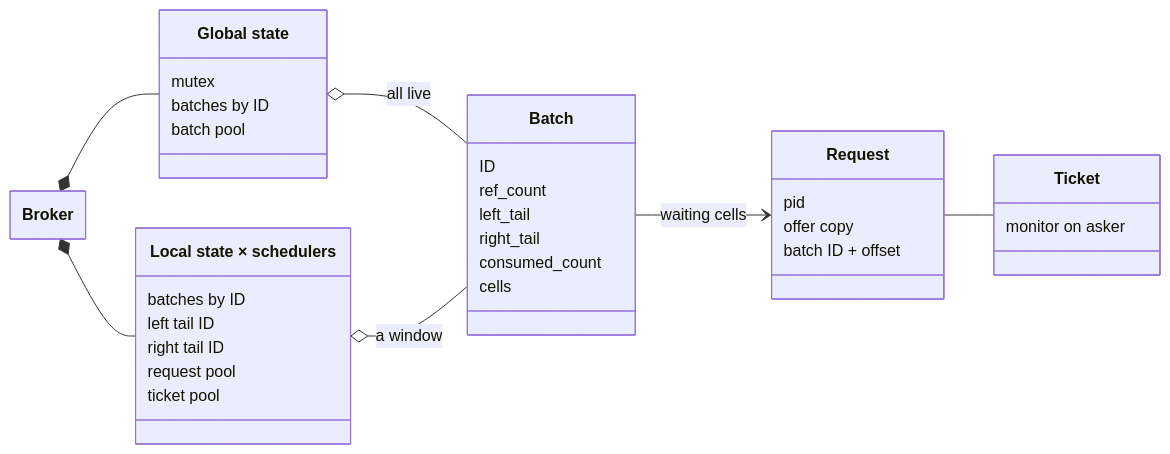
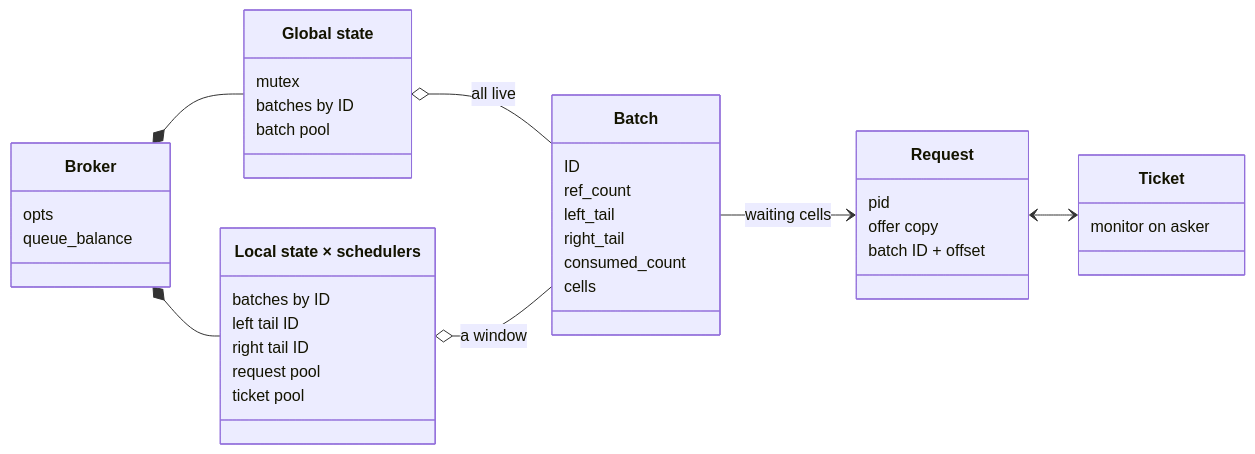
Before and after one commit to g-andrade/cbroker: the first of 3 diagrams in INTERNALS.md, drawn with Mermaid. The commit also changed other lines of this file and 11 other files, not shown here.

````diff
--- a/INTERNALS.md
+++ b/INTERNALS.md
@@ -23,44 +40,47 @@
 ```mermaid
 ---
 config:
   class:
     hideEmptyMembersBox: true
 ---
 classDiagram
     direction LR
-    class Broker
+    class Broker {
+        opts
+        queue_balance
+    }
     class GlobalState["Global state"] {
         mutex
         batches by ID
         batch pool
     }
     class LocalState["Local state × schedulers"] {
         batches by ID
         left tail ID
         right tail ID
         request pool
         ticket pool
     }
     class Batch {
         ID
         ref_count
         left_tail
         right_tail
         consumed_count
         cells
     }
     class Request {
         pid
         offer copy
         batch ID + offset
     }
     class Ticket {
         monitor on asker
     }
     Broker *-- GlobalState
     Broker *-- LocalState
     GlobalState o-- Batch : all live
     LocalState o-- Batch : a window
     Batch --> Request : waiting cells
-    Request -- Ticket
+    Request <--> Ticket
 ```
````
